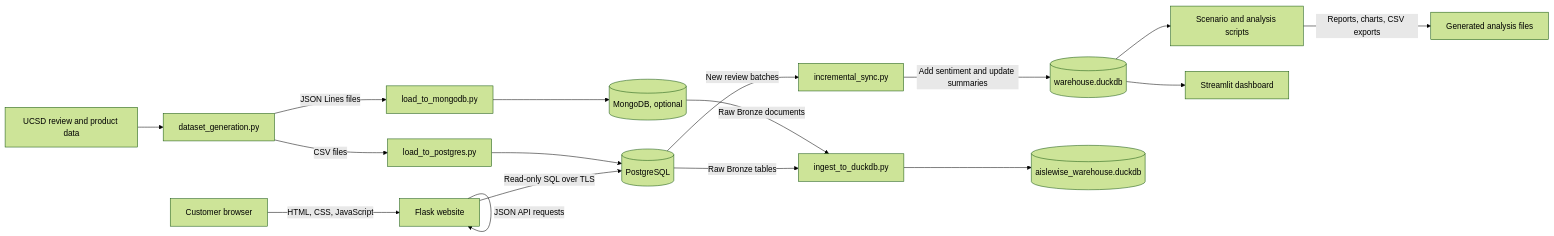
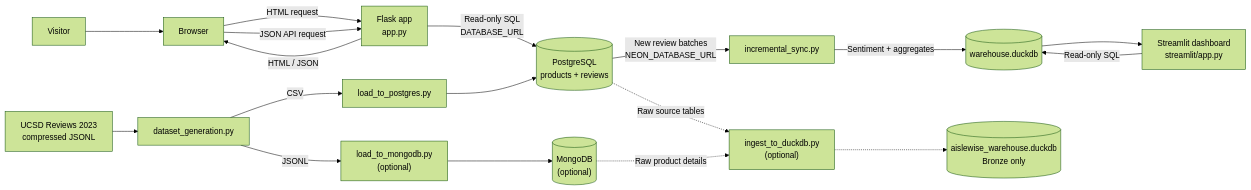
One commit to poruri-santhosh/Aislewise-2 changed the first of 2 diagrams in README.md. Above: the diagram before and after it, drawn with Mermaid (forest theme). The commit also changed other lines of this file, not shown here.

Commit message:
Refactor README with architecture, data flows, and setup guide

````diff
--- a/README.md
+++ b/README.md
@@ -37,21 +51,22 @@
 ```mermaid
 flowchart LR
-    browser["Customer browser"] -->|HTML, CSS, JavaScript| website["Flask website"]
-    website -->|JSON API requests| website
-    website -->|Read-only SQL over TLS| postgres[("PostgreSQL")]
+    visitor["Visitor"] --> browser["Browser"]
+    browser -->|HTML request| flask["Flask app<br/>app.py"]
+    browser -->|JSON API request| flask
+    flask -->|Read-only SQL<br/>DATABASE_URL| postgres[("PostgreSQL<br/>products + reviews")]
+    flask -->|HTML / JSON| browser
 
-    postgres -->|New review batches| sync["incremental_sync.py"]
-    sync -->|Add sentiment and update summaries| warehouse[("warehouse.duckdb")]
-    warehouse --> analysis["Scenario and analysis scripts"]
-    warehouse --> dashboard["Streamlit dashboard"]
-    analysis -->|Reports, charts, CSV exports| outputs["Generated analysis files"]
+    postgres -->|New review batches<br/>NEON_DATABASE_URL| sync["incremental_sync.py"]
+    sync -->|Sentiment + aggregates| analytics[("warehouse.duckdb")]
+    analytics --> dashboard["Streamlit dashboard<br/>streamlit/app.py"]
+    dashboard -->|Read-only SQL| analytics
 
-    source["UCSD review and product data"] --> generate["dataset_generation.py"]
-    generate -->|CSV files| loader["load_to_postgres.py"]
-    loader --> postgres
-    generate -->|JSON Lines files| mongo_loader["load_to_mongodb.py"]
-    mongo_loader --> mongodb[("MongoDB, optional")]
-    postgres -->|Raw Bronze tables| bronze["ingest_to_duckdb.py"]
-    mongodb -->|Raw Bronze documents| bronze
-    bronze --> bronze_db[("aislewise_warehouse.duckdb")]
+    source["UCSD Reviews 2023<br/>compressed JSONL"] --> generator["dataset_generation.py"]
+    generator -->|CSV| pgload["load_to_postgres.py"]
+    pgload --> postgres
+    generator -->|JSONL| mongoload["load_to_mongodb.py<br/>(optional)"]
+    mongoload --> mongo[("MongoDB<br/>(optional)")]
+    postgres -.->|Raw source tables| bronze["ingest_to_duckdb.py<br/>(optional)"]
+    mongo -.->|Raw product details| bronze
+    bronze -.-> rawwarehouse[("aislewise_warehouse.duckdb<br/>Bronze only")]
 ```
````
